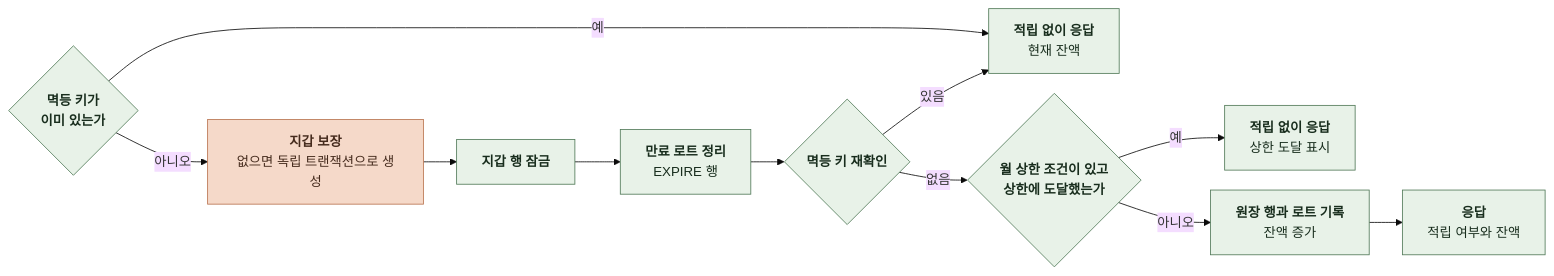
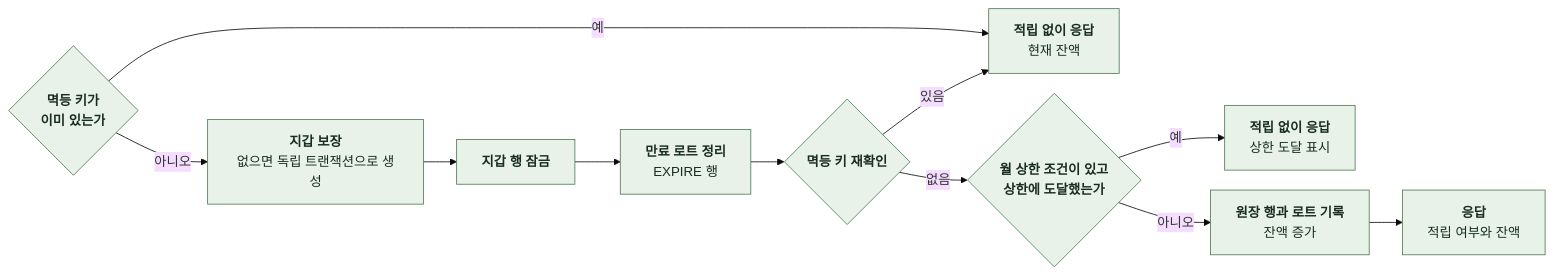
Before and after one commit to KIM-N-KANG/knk-harness: the first of 14 diagrams in docs/domain/PAYMENT/BACKEND/4-1-PIPELINES.md, drawn with Mermaid (base theme). The commit also changed other lines of this file, not shown here.

````diff
--- a/docs/domain/PAYMENT/BACKEND/4-1-PIPELINES.md
+++ b/docs/domain/PAYMENT/BACKEND/4-1-PIPELINES.md
@@ -27,26 +27,25 @@
 ```mermaid
 %%{init: {"flowchart": {"curve": "basis", "nodeSpacing": 24, "rankSpacing": 40}}}%%
 flowchart LR
     A{"`**멱등 키가
 이미 있는가**`"} -->|예| Z["`**적립 없이 응답**
 현재 잔액`"]
     A -->|아니오| B["`**지갑 보장**
 없으면 독립 트랜잭션으로 생성`"]
     B --> C["`**지갑 행 잠금**`"]
     C --> D["`**만료 로트 정리**
 EXPIRE 행`"]
     D --> E{"`**멱등 키 재확인**`"}
     E -->|있음| Z
     E -->|없음| F{"`**월 상한 조건이 있고
 상한에 도달했는가**`"}
     F -->|예| Y["`**적립 없이 응답**
 상한 도달 표시`"]
     F -->|아니오| G["`**원장 행과 로트 기록**
 잔액 증가`"]
     G --> H["`**응답**
 적립 여부와 잔액`"]
     classDef comp fill:#E8F2E8,stroke:#527A59,color:#182D1D
     classDef task fill:#F5D9C9,stroke:#B97450,color:#452B1D
-    class A,C,D,E,F,G,H,Y,Z comp
-    class B task
+    class A,B,C,D,E,F,G,H,Y,Z comp
 ```
````
